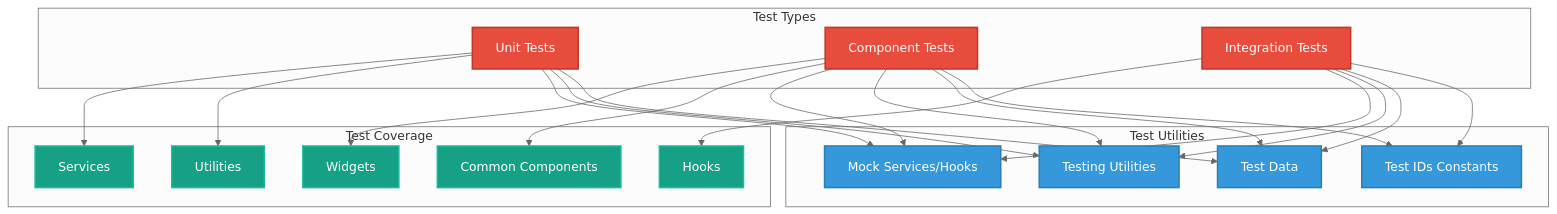
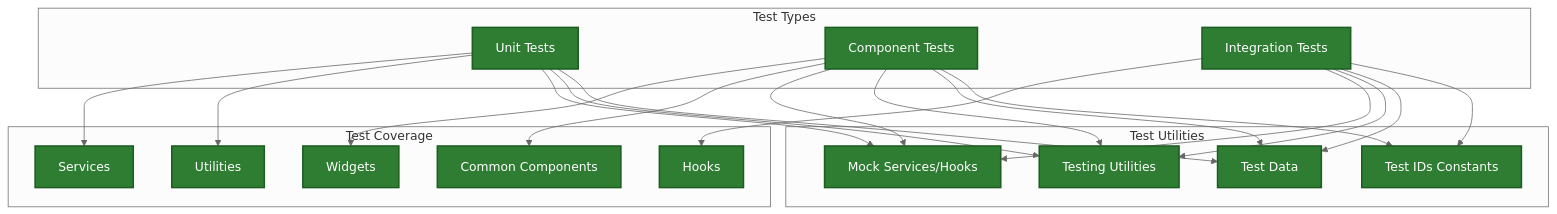
Before and after one commit to Hack23/cia-compliance-manager: the eighth of 8 diagrams in docs/architecture/SYSTEM_ARCHITECTURE.md, drawn with Mermaid (neutral theme). The commit also changed other lines of this file and 18 other files, not shown here.

First line of the commit message:
style: update all classDef colors to ISMS style guide palette and fix quadrant charts

````diff
--- a/docs/architecture/SYSTEM_ARCHITECTURE.md
+++ b/docs/architecture/SYSTEM_ARCHITECTURE.md
@@ -388,42 +388,42 @@
 ```mermaid
 flowchart TD
     subgraph "Test Types"
         Unit[Unit Tests]
         Component[Component Tests]
         Integration[Integration Tests]
     end
     
     subgraph "Test Utilities"
         Mocks[Mock Services/Hooks]
         TestUtils[Testing Utilities]
         TestData[Test Data]
         TestIDs[Test IDs Constants]
     end
     
     subgraph "Test Coverage"
         Services[Services]
         Hooks[Hooks]
         Widgets[Widgets]
         Common[Common Components]
         Utils[Utilities]
     end
     
     Unit --> Services
     Unit --> Utils
     Component --> Widgets
     Component --> Common
     Integration --> Hooks
     
     Unit & Component & Integration --> Mocks
     Unit & Component & Integration --> TestUtils
     Unit & Component & Integration --> TestData
     Component & Integration --> TestIDs
     
-    classDef testType fill:#e74c3c,stroke:#c0392b,stroke-width:2px,color:white
-    classDef testUtil fill:#3498db,stroke:#2980b9,stroke-width:2px,color:white
-    classDef coverage fill:#16a085,stroke:#1abc9c,stroke-width:2px,color:white
+    classDef testType fill:#2E7D32,stroke:#1B5E20,stroke-width:2px,color:#ffffff
+    classDef testUtil fill:#2E7D32,stroke:#1B5E20,stroke-width:2px,color:#ffffff
+    classDef coverage fill:#2E7D32,stroke:#1B5E20,stroke-width:2px,color:#ffffff
     
     class Unit,Component,Integration testType
     class Mocks,TestUtils,TestData,TestIDs testUtil
     class Services,Hooks,Widgets,Common,Utils coverage
 ```
````
